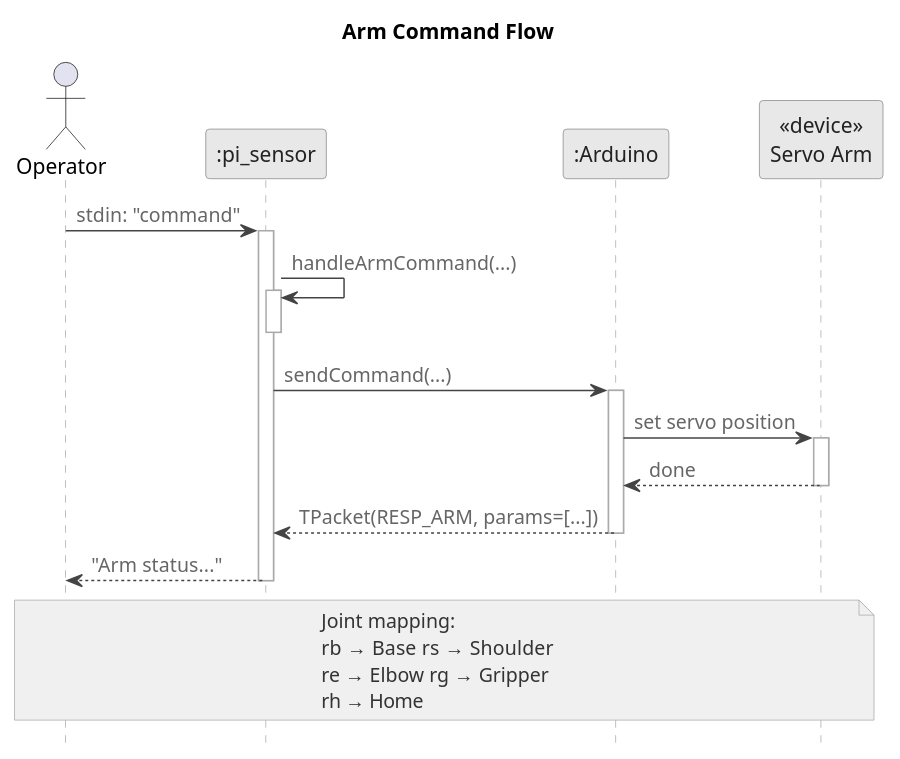
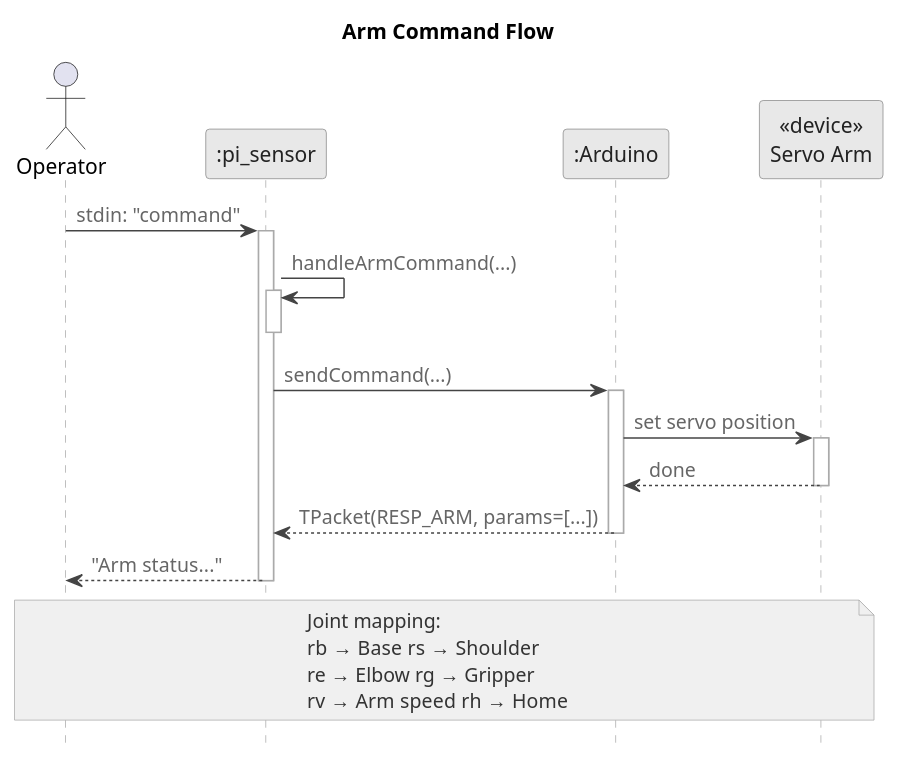
The diagram in code1/diagrams/robot-arm.puml (vanillashake17/epp2-updated), drawn with PlantUML before and after one commit. The commit also changed 1 other file, not shown here.

Commit message:
doc(diagrams): update robot arm description to include speed command

```diff
--- a/code1/diagrams/robot-arm.puml
+++ b/code1/diagrams/robot-arm.puml
@@ -1,53 +1,53 @@
 @startuml seq_arm
 skinparam backgroundColor white
 skinparam defaultFontName "Helvetica"
 skinparam sequenceArrowColor #444444
 skinparam sequenceArrowFontColor #666666
 skinparam sequenceLifeLineBorderColor #aaaaaa
 skinparam sequenceLifeLineBackgroundColor white
 skinparam participantBackgroundColor #e8e8e8
 skinparam participantBorderColor #888888
 skinparam participantFontColor #222222
 skinparam activationBarBackgroundColor #d0d0d0
 skinparam activationBarBorderColor #888888
 skinparam noteBackgroundColor #f0f0f0
 skinparam noteBorderColor #aaaaaa
 skinparam noteFontColor #333333
 hide footbox
 
 title Arm Command Flow
 
 actor "Operator" as op
 participant ":pi_sensor" as pi
 participant ":Arduino" as ard
 participant "«device»\nServo Arm" as servo
 
 op -> pi : stdin: "command"
 activate pi
 
 pi -> pi : handleArmCommand(...)
 activate pi
 deactivate pi
 
 pi -> ard : sendCommand(...)
 activate ard
 
 ard -> servo : set servo position
 activate servo
 servo --> ard : done
 deactivate servo
 
 ard --> pi : TPacket(RESP_ARM, params=[...])
 deactivate ard
 
 pi --> op : "Arm status..."
 deactivate pi
 
 note over op, servo
   Joint mapping:
   rb → Base   rs → Shoulder
   re → Elbow  rg → Gripper
-  rh → Home
+  rv → Arm speed   rh → Home
 end note
 
 @enduml
```
